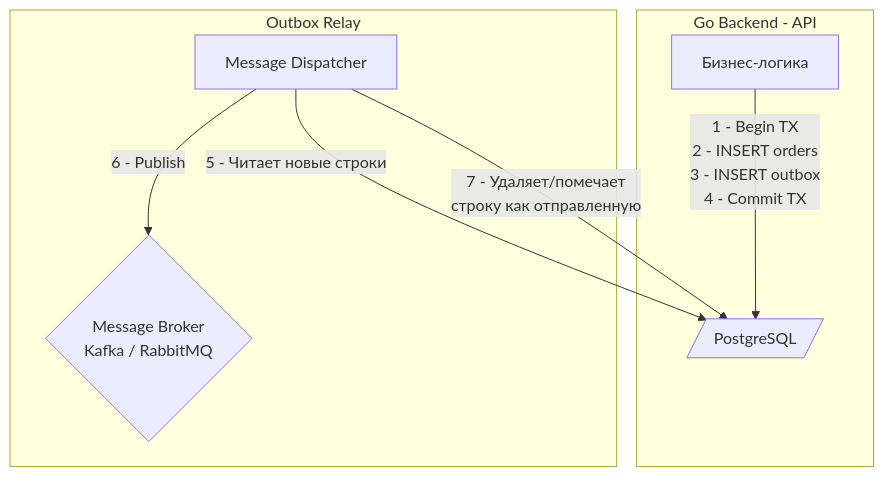
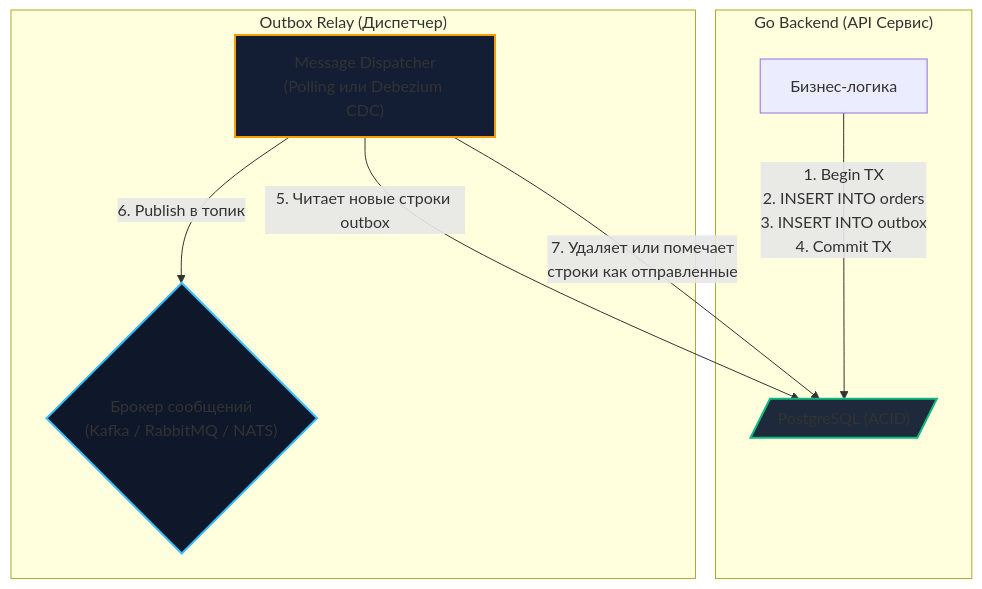
Before and after one commit to UnrealTemplier/go-textbook: the diagram in sources/13. Очереди, брокеры сообщений и оркестраторы/05. Паттерны и архитектура/6. Outbox pattern.md, drawn with Mermaid. The commit also changed other lines of this file, not shown here.

Commit message:
feat(module-13): editorial rewrite of lecture 6 (Outbox pattern) in Subsection 5 in Kernighan style

````diff
--- a/sources/13. Очереди, брокеры сообщений и оркестраторы/05. Паттерны и архитектура/6. Outbox pattern.md
+++ b/sources/13. Очереди, брокеры сообщений и оркестраторы/05. Паттерны и архитектура/6. Outbox pattern.md
@@ -51,12 +73,16 @@
 ```mermaid
 flowchart TD
-    subgraph App ["Go Backend - API"]
-        A["Бизнес-логика"] -->|"1 - Begin TX<br>2 - INSERT orders<br>3 - INSERT outbox<br>4 - Commit TX"| B[/"PostgreSQL"/]
+    subgraph App ["Go Backend (API Сервис)"]
+        A["Бизнес-логика"] -->|"1. Begin TX<br>2. INSERT INTO orders<br>3. INSERT INTO outbox<br>4. Commit TX"| B[/"PostgreSQL (ACID)"/]
     end
     
-    subgraph Relay ["Outbox Relay"]
-        C["Message Dispatcher"] -->|"5 - Читает новые строки"| B
-        C -->|"6 - Publish"| D{"Message Broker<br>Kafka / RabbitMQ"}
-        C -->|"7 - Удаляет/помечает<br>строку как отправленную"| B
+    subgraph Relay ["Outbox Relay (Диспетчер)"]
+        C["Message Dispatcher<br>(Polling или Debezium CDC)"] -->|"5. Читает новые строки outbox"| B
+        C -->|"6. Publish в топик"| D{"Брокер сообщений<br>(Kafka / RabbitMQ / NATS)"}
+        C -->|"7. Удаляет или помечает<br>строки как отправленные"| B
     end
+
+    style B fill:#1e293b,stroke:#10b981,stroke-width:2px
+    style D fill:#0f172a,stroke:#38bdf8,stroke-width:2px
+    style C fill:#131d33,stroke:#f59e0b,stroke-width:2px
 ```
````
